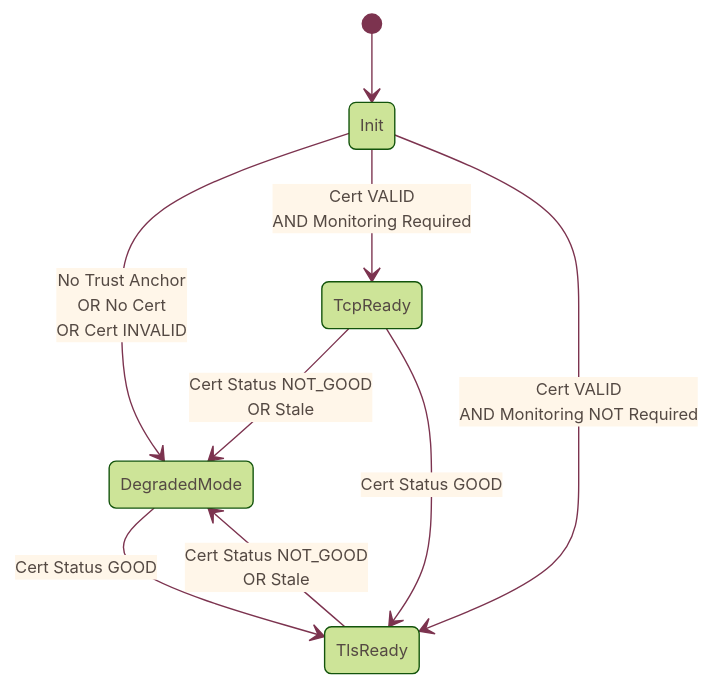
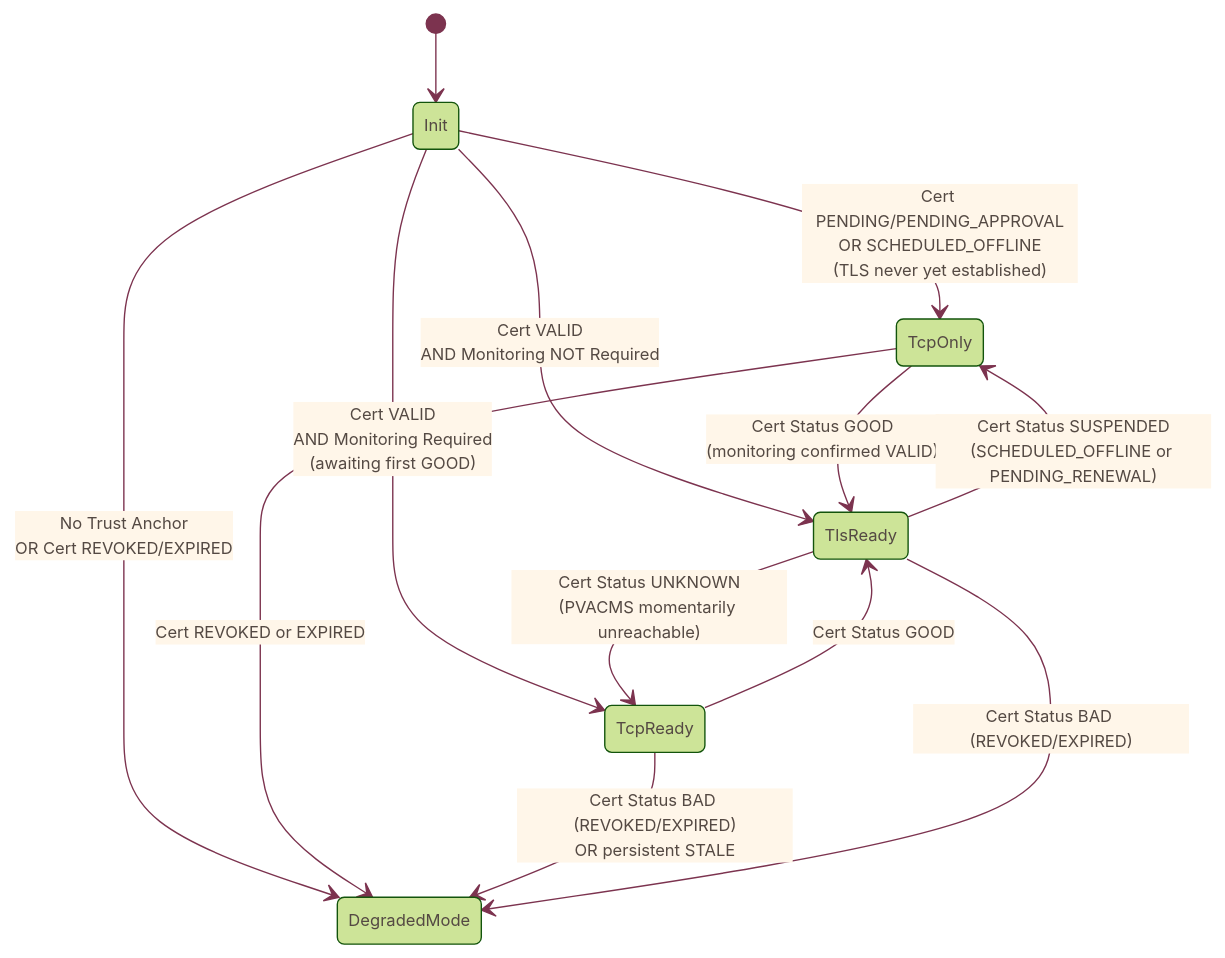
One commit to slac-epics/pvxs-docs changed the diagram in documentation/diagram_specs/spva_client_tls_context.mmd. Above: the diagram before and after it, drawn with Mermaid. The commit also changed 11 other files, not shown here.

Commit message:
Expanded Secure PVAccess documentation with detailed explanations of certificate renewal processes, SAG-based access control, mTLS modes, certificate lifecycle management, and new diagrams for state transitions and glossary terms.

```diff
--- a/documentation/diagram_specs/spva_client_tls_context.mmd
+++ b/documentation/diagram_specs/spva_client_tls_context.mmd
@@ -1,35 +1,39 @@
-%%{init: {
+ %%{init: {
     'theme': 'forest',
     'themeVariables': {
         'noteBkgColor': '#fff6e9',
         'noteBorderColor': '#7c334f',
         'noteTextColor': '#544943',
         'stateBkg': '#cde498',
         'stateBorder': '#7c334f',
         'stateTextColor': '#544943',
         'fontFamily': 'Georgia Serif',
         'fontSize': '12px',
         'stateLabelColor': '#544943',
         'stateTextColor': '#544943',
         'stateBorderColor': '#7c334f',
         'mainBkg': '#fff6e9',
         'textColor': '#544943',
         'lineColor': '#7c334f',
         'edgeLabelBackground': '#fff6e9',
         'tertiaryColor': '#fff6e9'
     }
 }}%%
 stateDiagram-v2
     direction TB
     [*] --> Init
-    
-    Init --> DegradedMode: No Trust Anchor<br>OR No Cert<br>OR Cert INVALID
-    Init --> TcpReady: Cert VALID<br>AND Monitoring Required
+
+    Init --> DegradedMode: No Trust Anchor<br>OR Cert REVOKED/EXPIRED
+    Init --> TcpOnly: Cert PENDING/PENDING_APPROVAL<br>OR SCHEDULED_OFFLINE<br>(TLS never yet established)
+    Init --> TcpReady: Cert VALID<br>AND Monitoring Required<br>(awaiting first GOOD)
     Init --> TlsReady: Cert VALID<br>AND Monitoring NOT Required
 
-    TcpReady --> DegradedMode: Cert Status NOT_GOOD<br>OR Stale
+    TcpOnly --> TlsReady: Cert Status GOOD<br>(monitoring confirmed VALID)
+    TcpOnly --> DegradedMode: Cert REVOKED or EXPIRED
+
     TcpReady --> TlsReady: Cert Status GOOD
+    TcpReady --> DegradedMode: Cert Status BAD (REVOKED/EXPIRED)<br>OR persistent STALE
 
-    DegradedMode --> TlsReady: Cert Status GOOD 
-
-    TlsReady --> DegradedMode: Cert Status NOT_GOOD<br>OR Stale
+    TlsReady --> TcpOnly: Cert Status SUSPENDED<br>(SCHEDULED_OFFLINE or PENDING_RENEWAL)
+    TlsReady --> TcpReady: Cert Status UNKNOWN<br>(PVACMS momentarily unreachable)
+    TlsReady --> DegradedMode: Cert Status BAD (REVOKED/EXPIRED)
```
